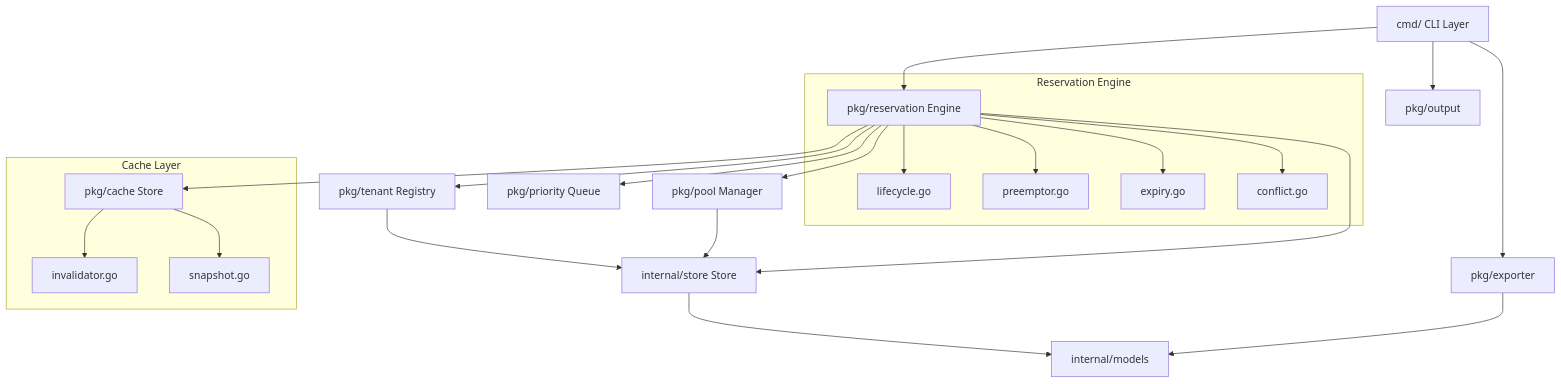
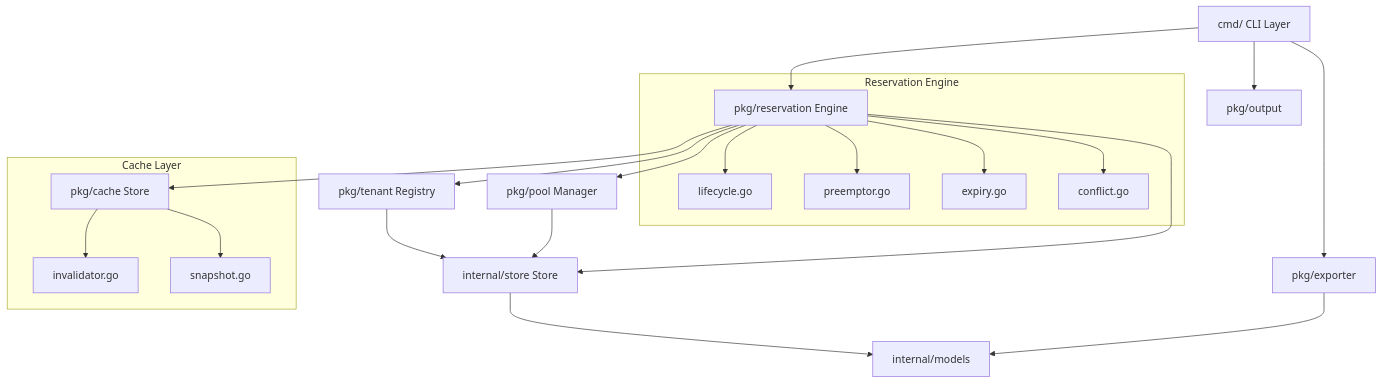
One commit to mdryaan/resgate changed the diagram in README.md. Above: the diagram before and after it, drawn with Mermaid. The commit also changed other lines of this file and 1 other file, not shown here.

Commit message:
docs: remove screenshot placeholders update readme and add arch diagram

````diff
--- a/README.md
+++ b/README.md
@@ -96,35 +77,34 @@
 ```mermaid
 graph TD
     A[cmd/ CLI Layer] --> B[pkg/reservation Engine]
     B --> C[internal/store Store]
     B --> D[pkg/pool Manager]
     B --> E[pkg/tenant Registry]
     B --> F[pkg/cache Store]
-    B --> G[pkg/priority Queue]
     D --> C
     E --> C
     A --> H[pkg/output]
     A --> I[pkg/exporter]
     I --> J[internal/models]
     C --> J
 
     subgraph "Reservation Engine"
         B
         B1[lifecycle.go]
         B2[preemptor.go]
         B3[expiry.go]
         B4[conflict.go]
         B --> B1
         B --> B2
         B --> B3
         B --> B4
     end
 
     subgraph "Cache Layer"
         F
         F1[invalidator.go]
         F2[snapshot.go]
         F --> F1
         F --> F2
     end
 ```
````
